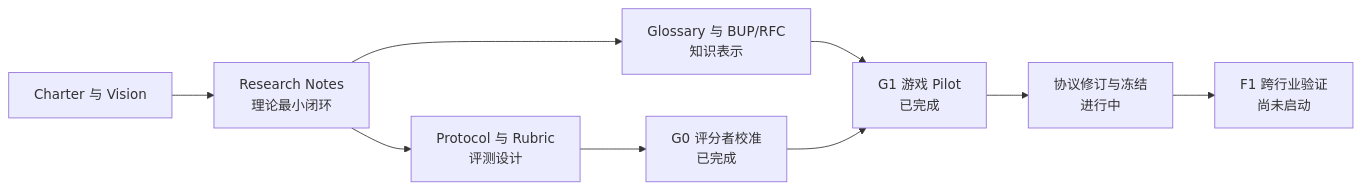
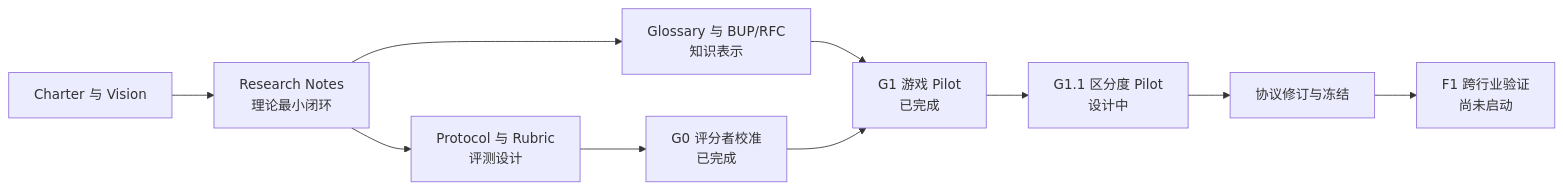
One commit to zeslyn/analytical_business_understanding changed the diagram in README.md. Above: the diagram before and after it, drawn with Mermaid. The commit also changed other lines of this file and 4 other files, not shown here.

````diff
--- a/README.md
+++ b/README.md
@@ -38,11 +38,12 @@
 ```mermaid
 flowchart LR
     A["Charter 与 Vision"] --> B["Research Notes<br/>理论最小闭环"]
     B --> C["Glossary 与 BUP/RFC<br/>知识表示"]
     B --> D["Protocol 与 Rubric<br/>评测设计"]
     D --> E["G0 评分者校准<br/>已完成"]
     C --> F["G1 游戏 Pilot<br/>已完成"]
     E --> F
-    F --> G["协议修订与冻结<br/>进行中"]
-    G --> H["F1 跨行业验证<br/>尚未启动"]
+    F --> G["G1.1 区分度 Pilot<br/>设计中"]
+    G --> H["协议修订与冻结"]
+    H --> I["F1 跨行业验证<br/>尚未启动"]
 ```
````
